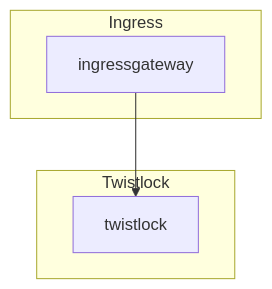
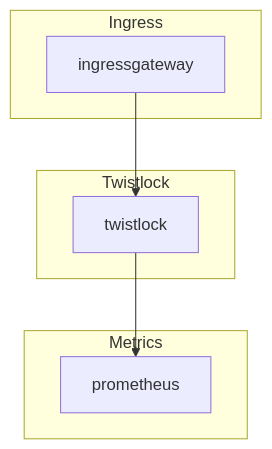
One commit to rjferguson21/big-bang changed the diagram in charter/packages/twistlock/Architecture.md. Above: the diagram before and after it, drawn with Mermaid.

Commit message:
document eck architecture

````diff
--- a/charter/packages/twistlock/Architecture.md
+++ b/charter/packages/twistlock/Architecture.md
@@ -13,9 +13,12 @@
 ```mermaid
 graph TB
   subgraph "Ingress"
     ingressgateway
   end
 subgraph "Twistlock"
     ingressgateway --> twistlock
-  end      
+  end     
+subgraph "Metrics"
+    twistlock --> prometheus
+  end 
 ```
````
